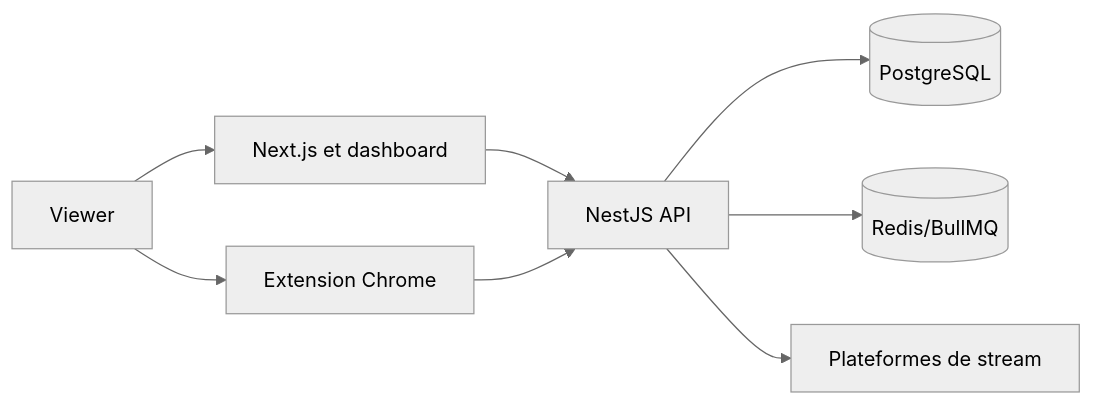
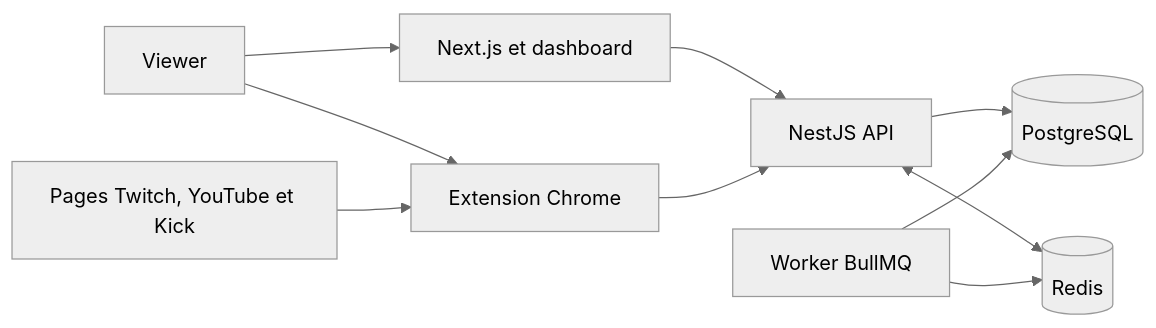
One commit to Krapaud-Labs/Skkup changed the diagram in docs/design/architecture.md. Above: the diagram before and after it, drawn with Mermaid (neutral theme). The commit also changed other lines of this file and 53 other files, not shown here.

First line of the commit message:
refactor(architecture): decouple Auth/Realtime and consolidate assets

````diff
--- a/docs/design/architecture.md
+++ b/docs/design/architecture.md
@@ -22,10 +23,12 @@
 ```mermaid
 flowchart LR
     U[Viewer] --> F[Next.js et dashboard]
     U --> E[Extension Chrome]
     F --> A[NestJS API]
     E --> A
     A --> D[(PostgreSQL)]
-    A --> R[(Redis/BullMQ)]
-    A --> X[Plateformes de stream]
+    A <--> R[(Redis)]
+    W[Worker BullMQ] --> D
+    W --> R
+    P[Pages Twitch, YouTube et Kick] --> E
 ```
````
